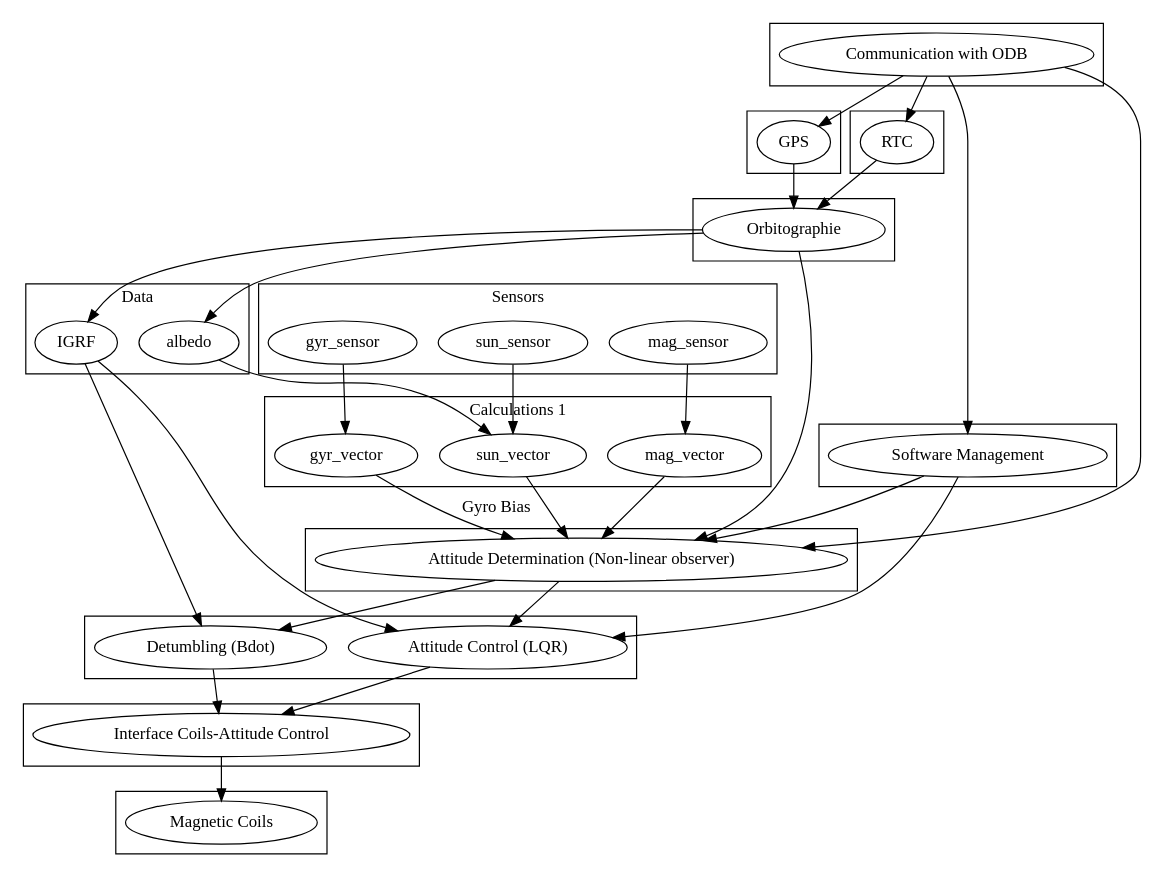
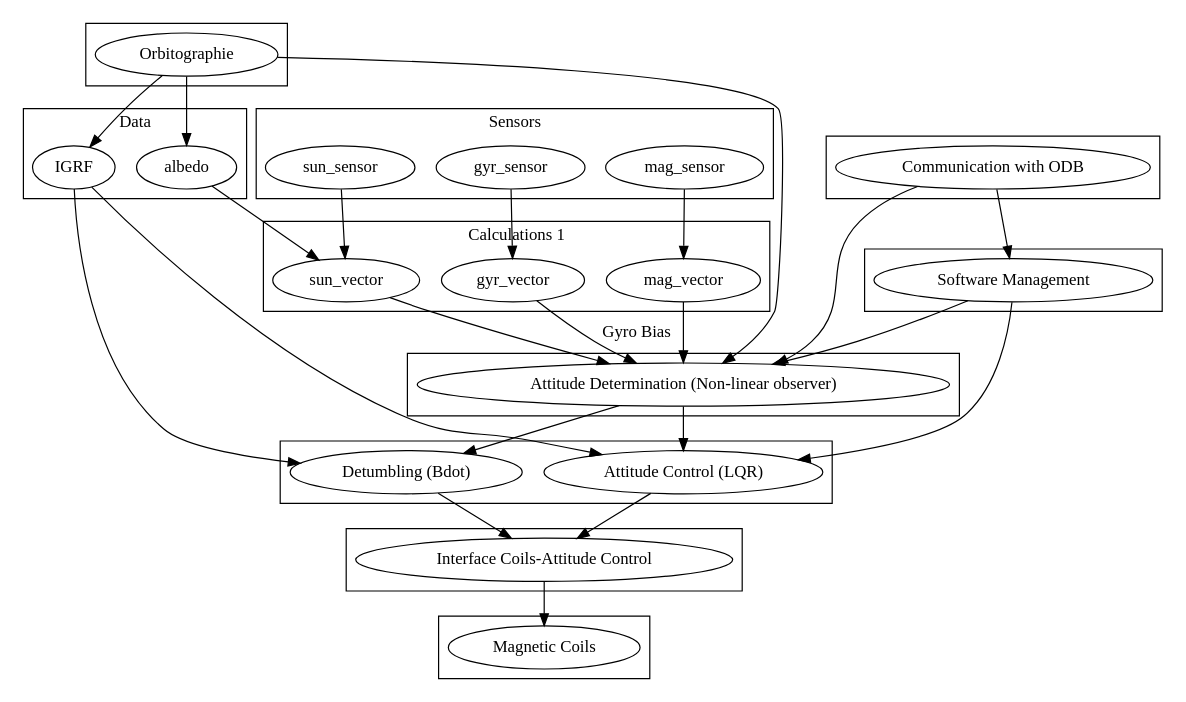
Before and after one commit to dhruvparamhans/CubeSat: the diagram in Architecture/test.dot, drawn with Graphviz. The commit also changed 1 other file, not shown here.

Commit message:
Updated Software Architecture graph
Removed RTC and GPS

```diff
--- a/Architecture/test.dot
+++ b/Architecture/test.dot
@@ -1,118 +1,105 @@
 digraph class_structure{
 
 subgraph cluster_Communication{
 
 comm [label = "Communication with ODB"]; 
 }
 
 subgraph cluster_InterCoils{
 inter [label = "Interface Coils-Attitude Control"];
 }
 
 
 subgraph cluster_Orbitographie{
 
 orbito [label = "Orbitographie"];
 }
 
-subgraph cluster_RTC{
-
-rtc [label = "RTC"];
-}
-
 
 subgraph cluster_softmana{
 
 soft_man [label = "Software Management"];
 }
 
 
-subgraph cluster_GPS{
-GPS;
-}
 
 subgraph cluster_data{
 label = "Data";
 IGRF;
 albedo;
 }
 
 subgraph cluster_0{
 label= "Sensors";
 
 gyr_sensor; mag_sensor; sun_sensor; 
 }
 
 subgraph cluster_1{
 label = "Calculations 1";
 
 gyr_vector; mag_vector; sun_vector;
 }
 
 subgraph cluster_2{
 att_det [label ="Attitude Determination (Non-linear observer)"];
 }
 
 subgraph cluster_3{
 det [label = "Detumbling (Bdot)"];
 att_con [label = "Attitude Control (LQR)"];
 }
 
 subgraph cluster_4{
 
 mag_coils [label = "Magnetic Coils"];
 }
 
 
 sun_sensor -> sun_vector;
 
-GPS -> orbito;
 
 albedo -> sun_vector; 
 
 gyr_sensor ->gyr_vector;
 
 mag_sensor -> mag_vector;
 
 mag_vector ->att_det; 
 
 sun_vector -> att_det;
 
 gyr_vector -> att_det [label = "Gyro Bias"];
 
 orbito -> att_det;
 
 att_det -> det;
 
 IGRF -> att_con;
 
 orbito -> IGRF;
 
-comm -> GPS;
+
 
 comm -> att_det;
 
 att_det -> att_con;
 
 comm -> soft_man;
 
 soft_man -> att_det;
 
 soft_man -> att_con;
-
-rtc -> orbito;
-
-comm -> rtc;
 
 orbito -> albedo;
 
 IGRF-> det
 
 att_con -> inter;
 
 det -> inter; 
 
 inter -> mag_coils;
 
 
 }
```
